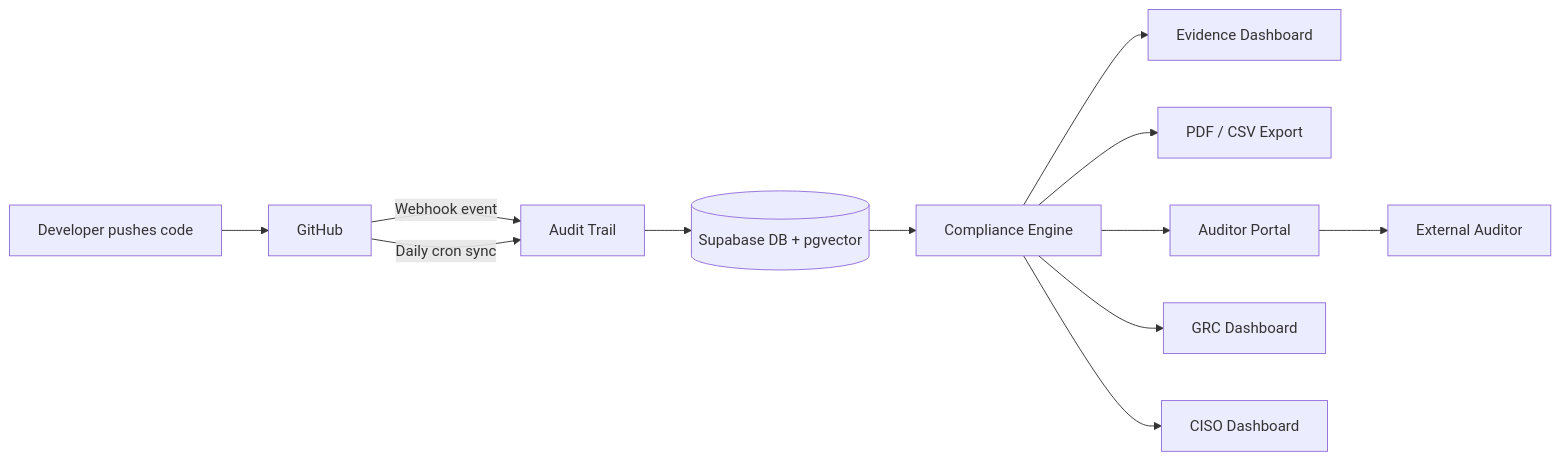
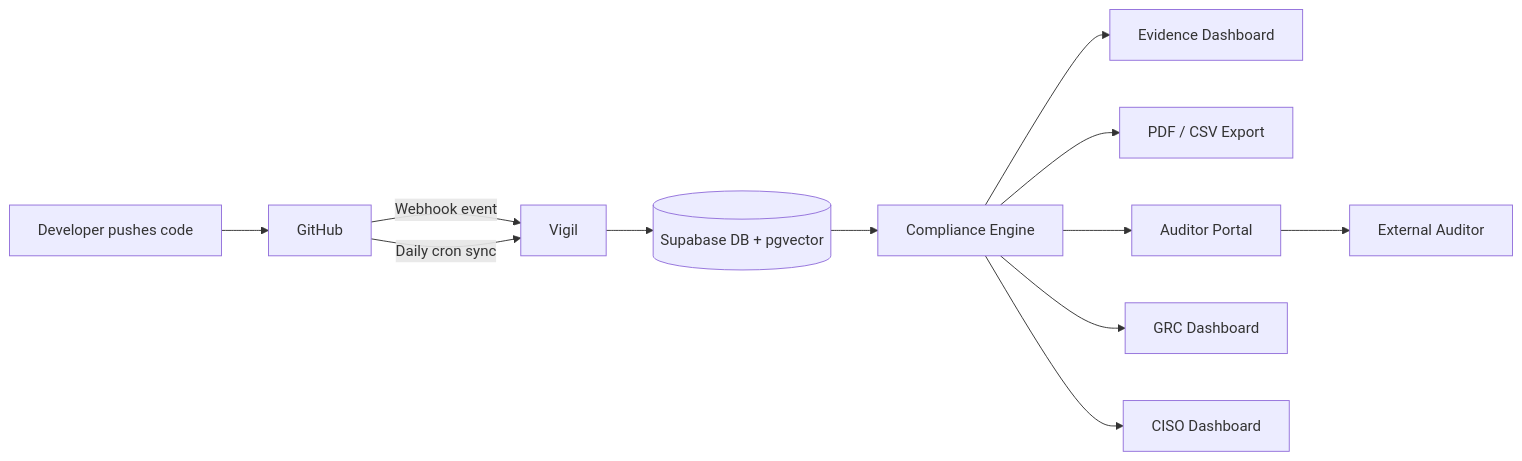
The diagram in README.md (JohnJohnW/audittrail-dev), drawn with Mermaid before and after one commit. The commit also changed other lines of this file and 32 other files, not shown here.

First line of the commit message:
rebrand: Audit Trail → Vigil, bake in invisibility philosophy

````diff
--- a/README.md
+++ b/README.md
@@ -36,14 +36,14 @@
 ```mermaid
 flowchart LR
     A[Developer pushes code] --> B[GitHub]
-    B -->|Webhook event| C[Audit Trail]
+    B -->|Webhook event| C[Vigil]
     B -->|Daily cron sync| C
     C --> D[(Supabase DB + pgvector)]
     D --> E[Compliance Engine]
     E --> F[Evidence Dashboard]
     E --> G[PDF / CSV Export]
     E --> H[Auditor Portal]
     E --> I[GRC Dashboard]
     E --> J[CISO Dashboard]
     H --> K[External Auditor]
 ```
````
